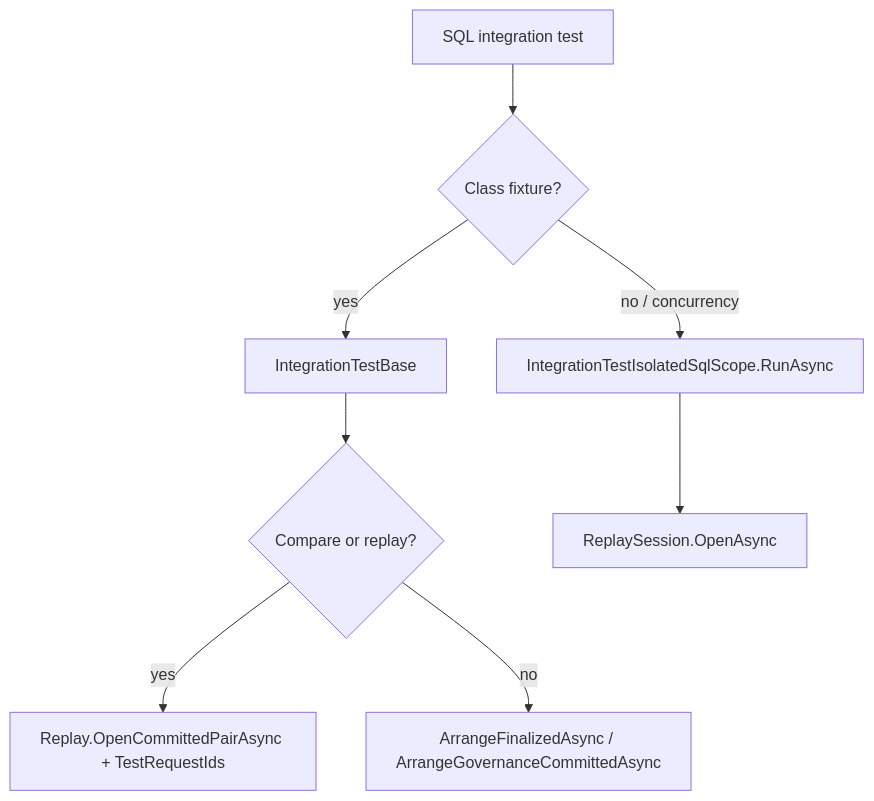
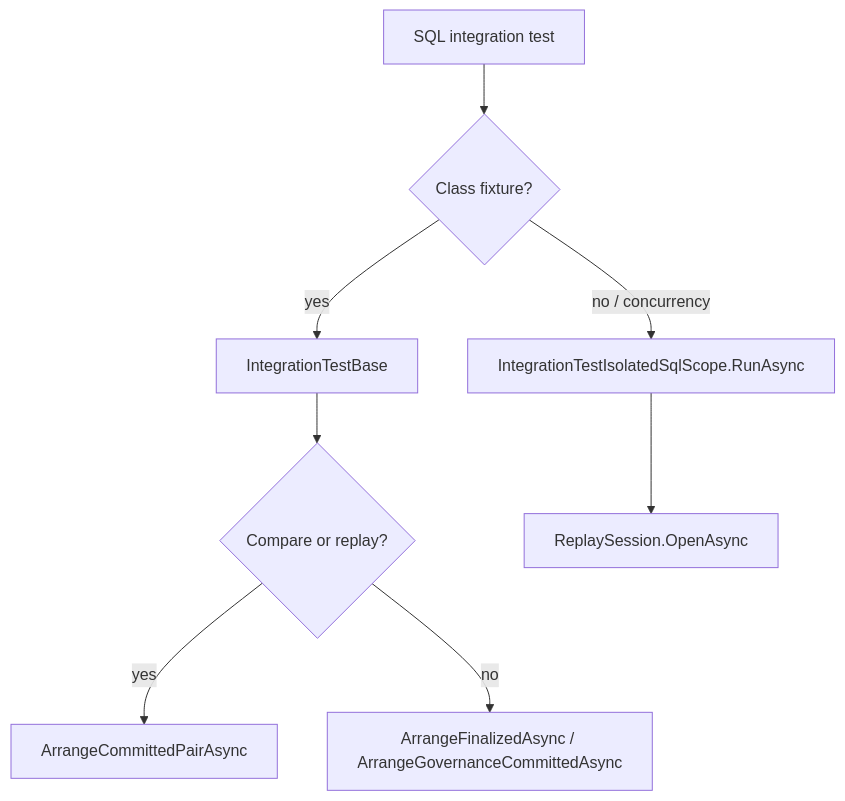
The diagram in docs/library/TEST_STRUCTURE.md (joefrancisGA/ArchLucid), drawn with Mermaid before and after one commit. The commit also changed other lines of this file and 43 other files, not shown here.

First line of the commit message:
Api test harness slice 8: arrange helpers, guards 26–28, and ReadJson burn-down.

````diff
--- a/docs/library/TEST_STRUCTURE.md
+++ b/docs/library/TEST_STRUCTURE.md
@@ -280,10 +280,10 @@
 ```mermaid
 flowchart TD
   A[SQL integration test] --> B{Class fixture?}
   B -->|yes| C[IntegrationTestBase]
   B -->|no / concurrency| D[IntegrationTestIsolatedSqlScope.RunAsync]
   C --> E{Compare or replay?}
-  E -->|yes| F[Replay.OpenCommittedPairAsync + TestRequestIds]
+  E -->|yes| F[ArrangeCommittedPairAsync]
   E -->|no| G[ArrangeFinalizedAsync / ArrangeGovernanceCommittedAsync]
   D --> H[ReplaySession.OpenAsync]
 ```
````
